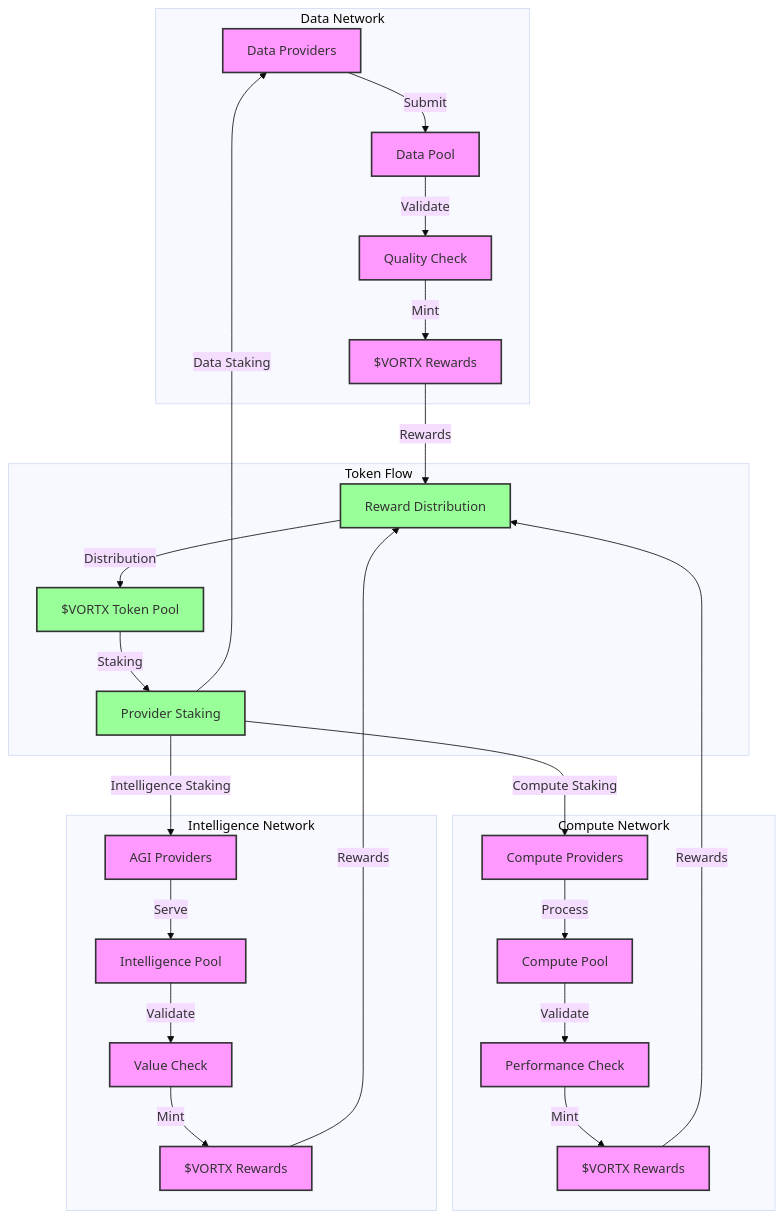
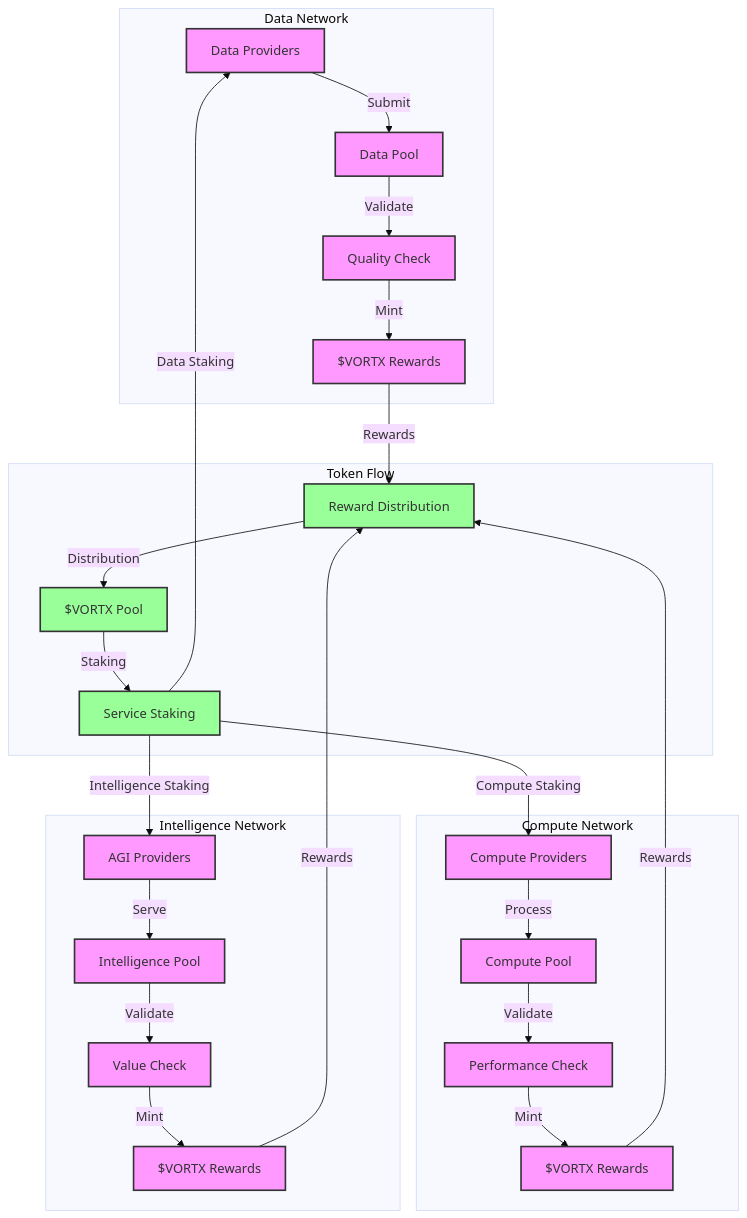
Diagram 19 of 25 in docs/whitepapers/README.md (Vortx-AI/synthetic-satellite), drawn with Mermaid (base theme) before and after one commit. The commit also changed other lines of this file, not shown here.

````diff
--- a/docs/whitepapers/README.md
+++ b/docs/whitepapers/README.md
@@ -1337,42 +821,42 @@
 ```mermaid
 graph TD
     subgraph Data Network
         D1[Data Providers] -->|Submit| D2[Data Pool]
         D2 -->|Validate| D3[Quality Check]
         D3 -->|Mint| D4[$VORTX Rewards]
     end
     
     subgraph Compute Network
         C1[Compute Providers] -->|Process| C2[Compute Pool]
         C2 -->|Validate| C3[Performance Check]
         C3 -->|Mint| C4[$VORTX Rewards]
     end
     
     subgraph Intelligence Network
         I1[AGI Providers] -->|Serve| I2[Intelligence Pool]
         I2 -->|Validate| I3[Value Check]
         I3 -->|Mint| I4[$VORTX Rewards]
     end
     
     subgraph Token Flow
-        T1[$VORTX Token Pool] -->|Staking| T2[Provider Staking]
+        T1[$VORTX Pool] -->|Staking| T2[Service Staking]
         T2 -->|Data Staking| D1
         T2 -->|Compute Staking| C1
         T2 -->|Intelligence Staking| I1
         
         D4 -->|Rewards| T3[Reward Distribution]
         C4 -->|Rewards| T3
         I4 -->|Rewards| T3
         
         T3 -->|Distribution| T1
     end
     
     classDef network fill:#f9f,stroke:#333,stroke-width:2px
     classDef pool fill:#ff9,stroke:#333,stroke-width:2px
     classDef token fill:#9f9,stroke:#333,stroke-width:2px
     
     class D1,D2,D3,D4 network
     class C1,C2,C3,C4 network
     class I1,I2,I3,I4 network
     class T1,T2,T3 token
 ```
````
